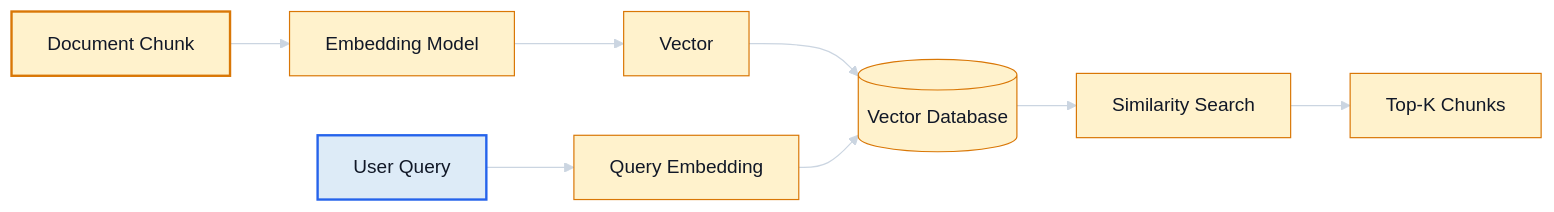
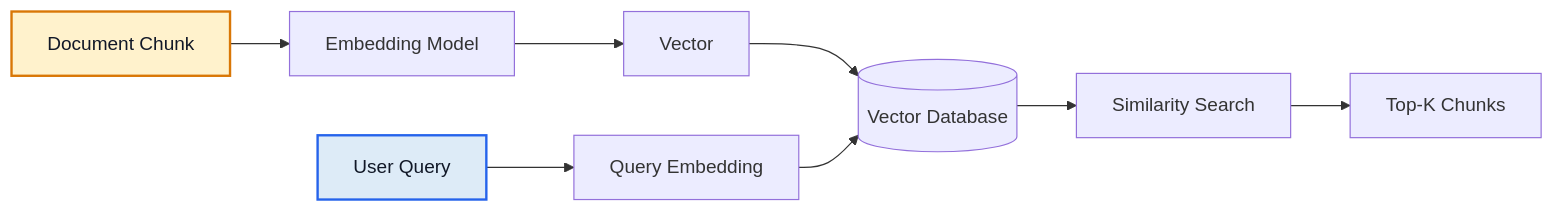
The fourth of 26 diagrams in AI-Engineer-Interview-Questions-2026.md (azam123/awesome-ai-engineer), drawn with Mermaid before and after one commit. The commit also changed other lines of this file, not shown here.

Commit message:
docs: fix GitHub Mermaid rendering compatibility

````diff
--- a/AI-Engineer-Interview-Questions-2026.md
+++ b/AI-Engineer-Interview-Questions-2026.md
@@ -399,16 +396,15 @@
 ```mermaid
 flowchart LR
-%%{init: {"theme":"base","themeVariables":{"background":"#111827","primaryColor":"#FFF2CC","primaryTextColor":"#111827","primaryBorderColor":"#D97706","lineColor":"#CBD5E1","secondaryColor":"#DDEBF7","secondaryTextColor":"#111827","secondaryBorderColor":"#2563EB","tertiaryColor":"#E2F0D9","tertiaryTextColor":"#111827","tertiaryBorderColor":"#15803D","noteBkgColor":"#FFF2CC","noteTextColor":"#111827","noteBorderColor":"#D97706","actorBkg":"#DDEBF7","actorBorder":"#2563EB","actorTextColor":"#111827","signalColor":"#E5E7EB","signalTextColor":"#111827","labelBoxBkgColor":"#FFF2CC","labelBoxBorderColor":"#D97706","labelTextColor":"#111827"}}}%%
+A[Document Chunk] --> B[Embedding Model]
+B --> C[Vector]
+C --> D[(Vector Database)]
+E[User Query] --> F[Query Embedding]
+F --> D
+D --> G[Similarity Search]
+G --> H[Top-K Chunks]
+class A yellow
+class E blue
 classDef yellow fill:#FFF2CC,stroke:#D97706,stroke-width:2px,color:#111827;
 classDef blue fill:#DDEBF7,stroke:#2563EB,stroke-width:2px,color:#111827;
 classDef green fill:#E2F0D9,stroke:#15803D,stroke-width:2px,color:#111827;
-    A[Document Chunk] --> B[Embedding Model]
-    B --> C[Vector]
-    C --> D[(Vector Database)]
-    E[User Query] --> F[Query Embedding]
-    F --> D
-    D --> G[Similarity Search]
-    G --> H[Top-K Chunks]
-    class A yellow;
-    class E blue;
 ```
````
